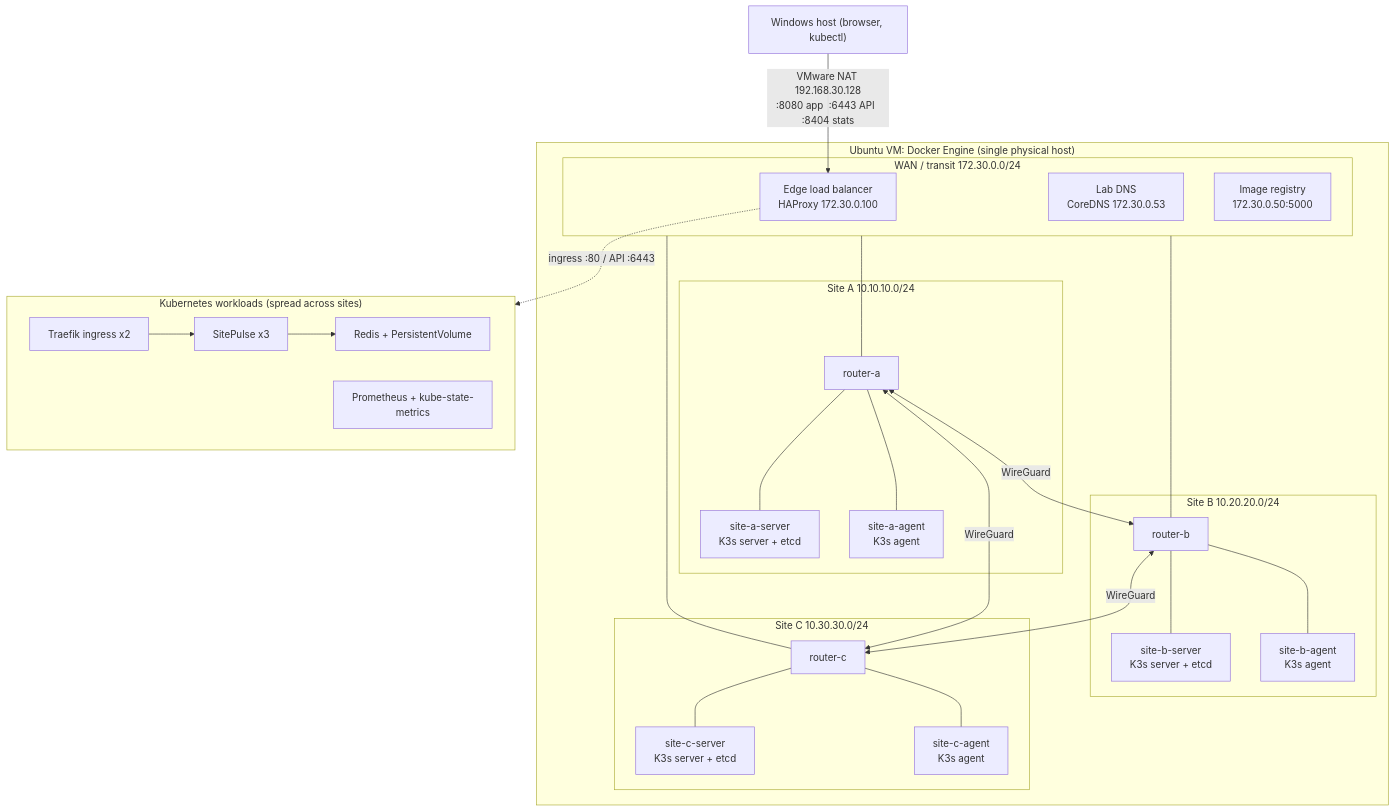
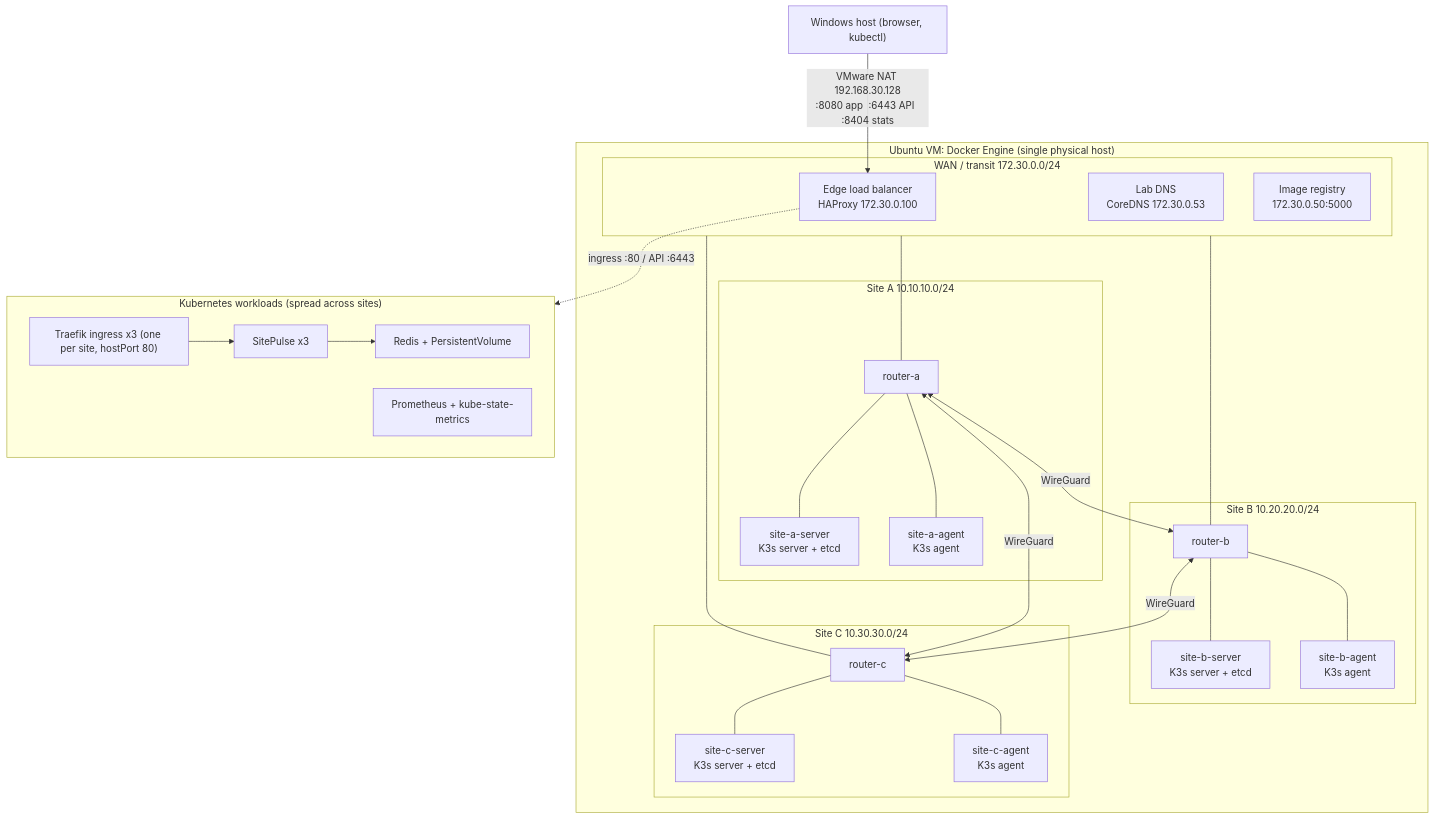
The first of 7 diagrams in docs/ARCHITECTURE_DIAGRAM.md (saad-h-hashmi/multi-site-ha-platform), drawn with Mermaid before and after one commit. The commit also changed other lines of this file and 31 other files, not shown here.

````diff
--- a/docs/ARCHITECTURE_DIAGRAM.md
+++ b/docs/ARCHITECTURE_DIAGRAM.md
@@ -15,30 +15,30 @@
 ```mermaid
 flowchart TB
   WIN["Windows host (browser, kubectl)"] -->|"VMware NAT 192.168.30.128<br/>:8080 app  :6443 API  :8404 stats"| EDGE
   subgraph VM["Ubuntu VM: Docker Engine (single physical host)"]
     subgraph WAN["WAN / transit 172.30.0.0/24"]
       EDGE["Edge load balancer<br/>HAProxy 172.30.0.100"]
       DNS["Lab DNS<br/>CoreDNS 172.30.0.53"]
       REG["Image registry<br/>172.30.0.50:5000"]
     end
     subgraph SA["Site A 10.10.10.0/24"]
       RA["router-a"] --- A1["site-a-server<br/>K3s server + etcd"] & A2["site-a-agent<br/>K3s agent"]
     end
     subgraph SB["Site B 10.20.20.0/24"]
       RB["router-b"] --- B1["site-b-server<br/>K3s server + etcd"] & B2["site-b-agent<br/>K3s agent"]
     end
     subgraph SC["Site C 10.30.30.0/24"]
       RC["router-c"] --- C1["site-c-server<br/>K3s server + etcd"] & C2["site-c-agent<br/>K3s agent"]
     end
     RA <-->|WireGuard| RB
     RB <-->|WireGuard| RC
     RA <-->|WireGuard| RC
     WAN --- RA & RB & RC
   end
   subgraph K8S["Kubernetes workloads (spread across sites)"]
     APP["SitePulse x3"] --> REDIS["Redis + PersistentVolume"]
-    TR["Traefik ingress x2"] --> APP
+    TR["Traefik ingress x3 (one per site, hostPort 80)"] --> APP
     PROM["Prometheus + kube-state-metrics"]
   end
   EDGE -.->|"ingress :80 / API :6443"| K8S
 ```
````
